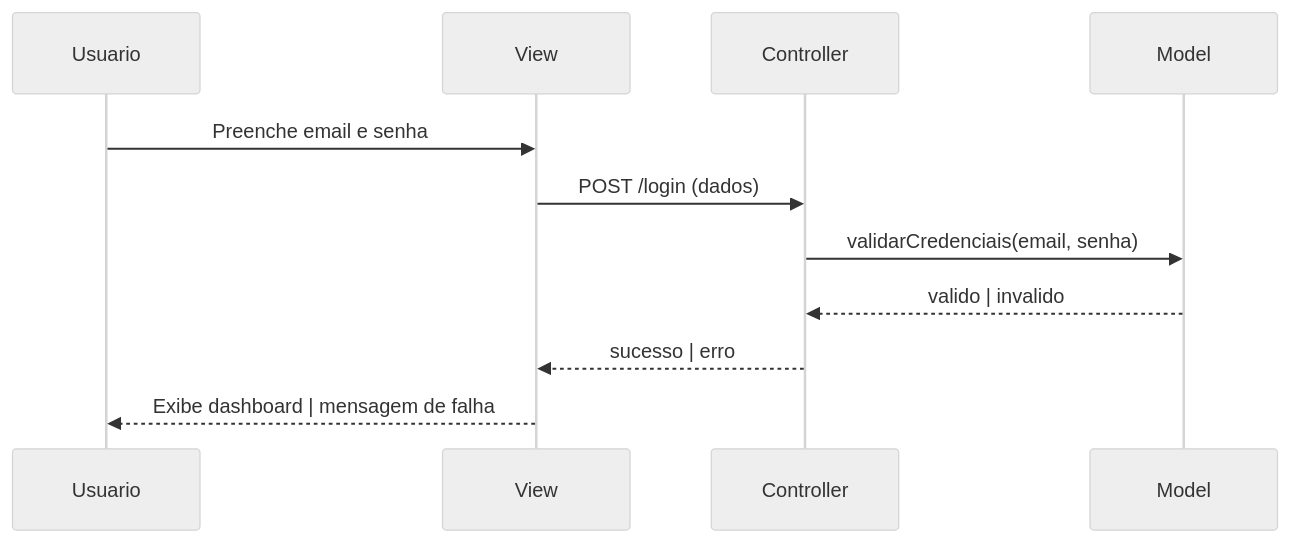
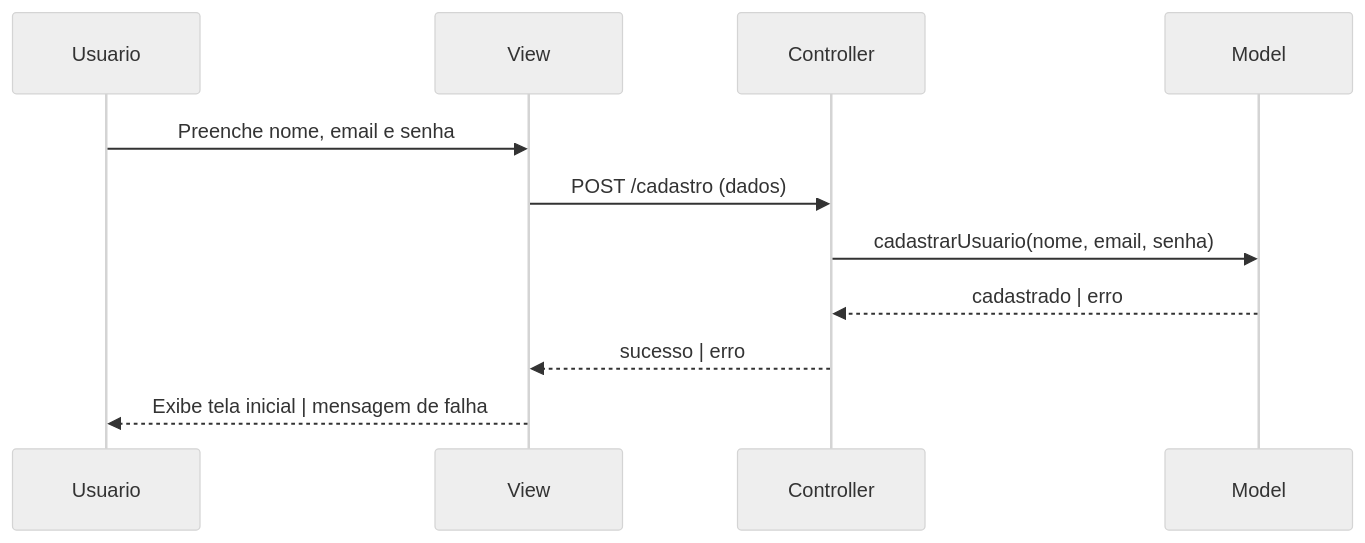
Before and after one commit to najumattos/Estudos-Teoricos: the first of 6 diagrams in MVCxDDD.md, drawn with Mermaid (neutral theme). The commit also changed other lines of this file, not shown here.

Commit message:
add diagramas

````diff
--- a/MVCxDDD.md
+++ b/MVCxDDD.md
@@ -46,11 +46,11 @@
  ```mermaid
 sequenceDiagram
 
-Usuario->>View: Preenche email e senha
-View->>Controller: POST /login (dados)
-Controller->>Model: validarCredenciais(email, senha)
-Model-->>Controller: valido | invalido
+Usuario->>View: Preenche nome, email e senha
+View->>Controller: POST /cadastro (dados)
+Controller->>Model: cadastrarUsuario(nome, email, senha)
+Model-->>Controller: cadastrado | erro
 Controller-->>View: sucesso | erro
-View-->>Usuario: Exibe dashboard | mensagem de falha
+View-->>Usuario: Exibe tela inicial | mensagem de falha
 
  ```
````
